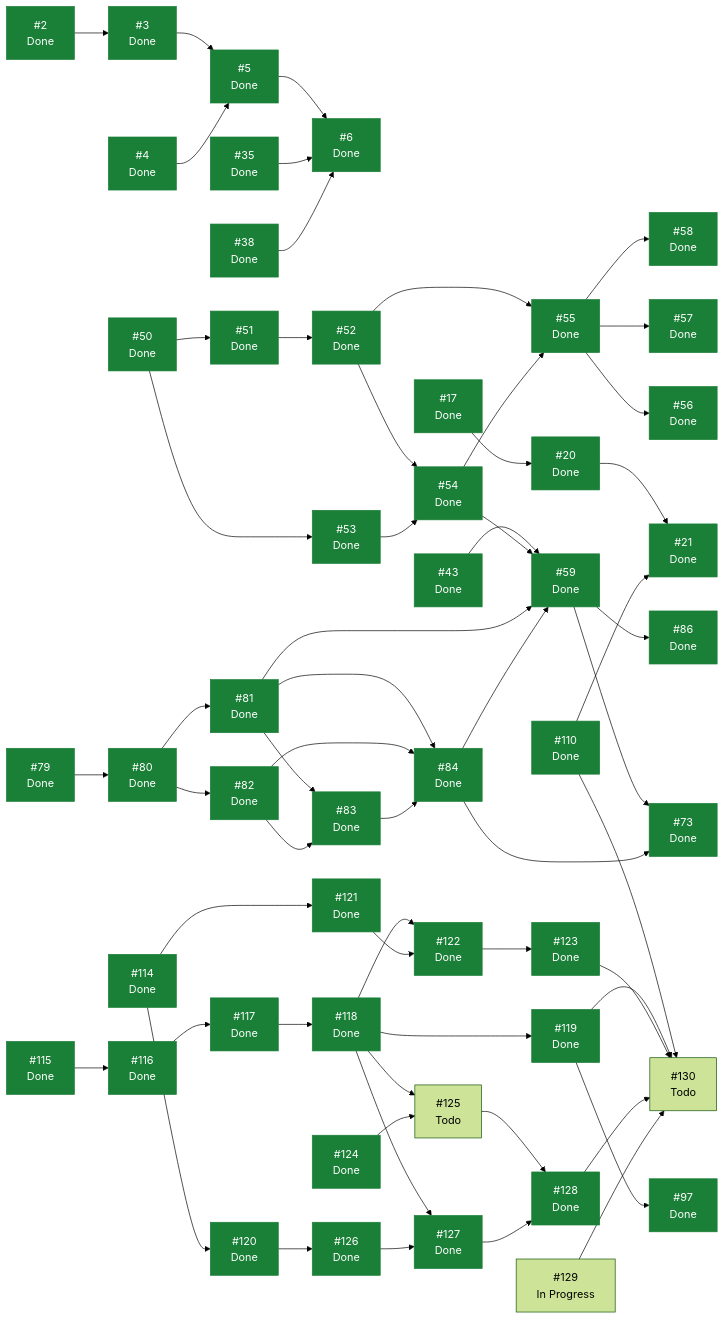
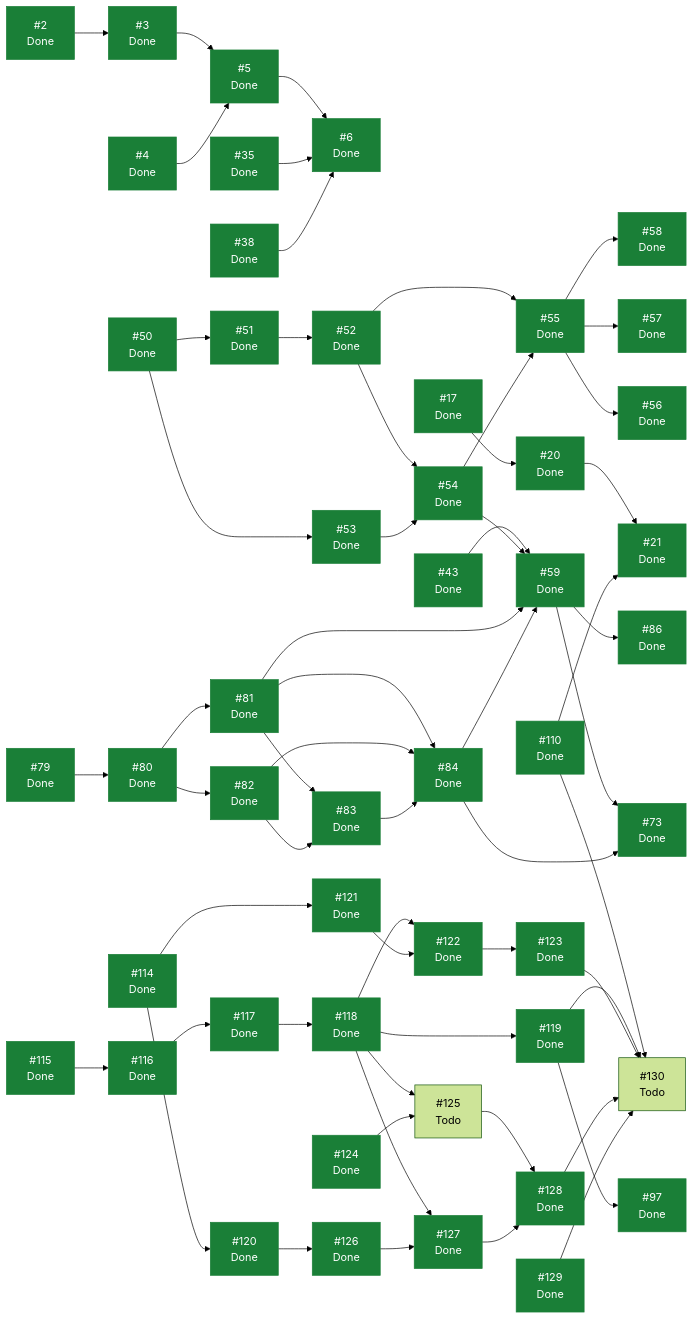
One commit to ecamp0s/evault changed the diagram in docs/planning/STATUS.md. Above: the diagram before and after it, drawn with Mermaid (forest theme). The commit also changed other lines of this file, not shown here.

````diff
--- a/docs/planning/STATUS.md
+++ b/docs/planning/STATUS.md
@@ -179,7 +179,7 @@
   I126["#126<br/>Done"]
   I127["#127<br/>Done"]
   I128["#128<br/>Done"]
-  I129["#129<br/>In Progress"]
+  I129["#129<br/>Done"]
   I130["#130<br/>Todo"]
   I2 --> I3
   I3 --> I5
@@ -238,5 +238,5 @@
   I128 --> I130
   I129 --> I130
   classDef hecho fill:#1a7f37,stroke:#1a7f37,color:#fff;
-  class I2,I3,I4,I5,I6,I17,I20,I21,I35,I38,I43,I50,I51,I52,I53,I54,I55,I56,I57,I58,I59,I73,I79,I80,I81,I82,I83,I84,I86,I97,I110,I114,I115,I116,I117,I118,I119,I120,I121,I122,I123,I124,I126,I127,I128 hecho;
+  class I2,I3,I4,I5,I6,I17,I20,I21,I35,I38,I43,I50,I51,I52,I53,I54,I55,I56,I57,I58,I59,I73,I79,I80,I81,I82,I83,I84,I86,I97,I110,I114,I115,I116,I117,I118,I119,I120,I121,I122,I123,I124,I126,I127,I128,I129 hecho;
 ```
````
